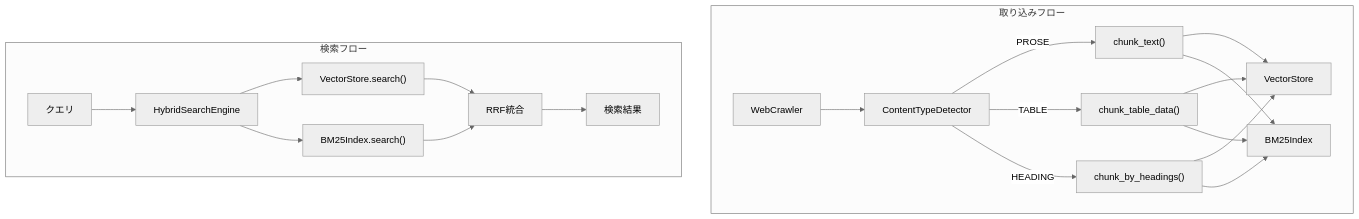
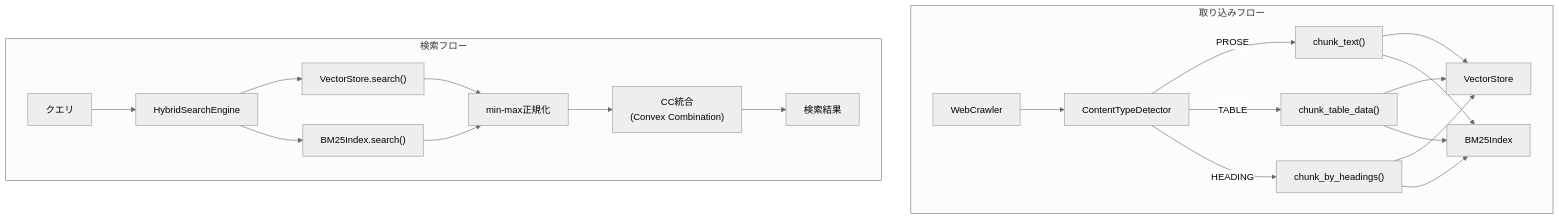
One commit to becky3/learning-companion changed the third of 3 diagrams in docs/specs/f9-rag.md. Above: the diagram before and after it, drawn with Mermaid (neutral theme). The commit also changed other lines of this file, not shown here.

First line of the commit message:
docs(f9): ハイブリッド検索統合手法を RRF → CC に変更（設計書先行更新） (#501)

````diff
--- a/docs/specs/f9-rag.md
+++ b/docs/specs/f9-rag.md
@@ -72,24 +72,25 @@
 ```mermaid
 flowchart TB
     subgraph Ingestion["取り込みフロー"]
         CRAWL["WebCrawler"] --> DETECT["ContentTypeDetector"]
         DETECT -->|PROSE| CHUNK_PROSE["chunk_text()"]
         DETECT -->|TABLE| CHUNK_TABLE["chunk_table_data()"]
         DETECT -->|HEADING| CHUNK_HEAD["chunk_by_headings()"]
         CHUNK_PROSE --> VECTOR["VectorStore"]
         CHUNK_TABLE --> VECTOR
         CHUNK_HEAD --> VECTOR
         CHUNK_TABLE --> BM25["BM25Index"]
         CHUNK_HEAD --> BM25
         CHUNK_PROSE --> BM25
     end
 
     subgraph Search["検索フロー"]
         QUERY["クエリ"] --> HYBRID["HybridSearchEngine"]
         HYBRID --> VECTOR_SEARCH["VectorStore.search()"]
         HYBRID --> BM25_SEARCH["BM25Index.search()"]
-        VECTOR_SEARCH --> RRF["RRF統合"]
-        BM25_SEARCH --> RRF
-        RRF --> RESULTS["検索結果"]
+        VECTOR_SEARCH --> NORM["min-max正規化"]
+        BM25_SEARCH --> NORM
+        NORM --> CC["CC統合<br/>(Convex Combination)"]
+        CC --> RESULTS["検索結果"]
     end
 ```
````
